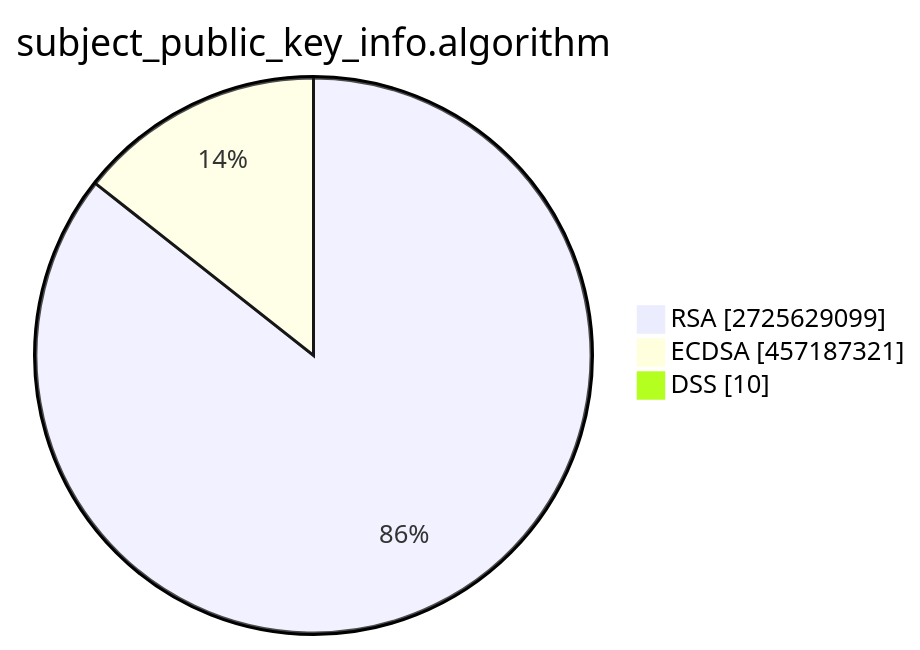
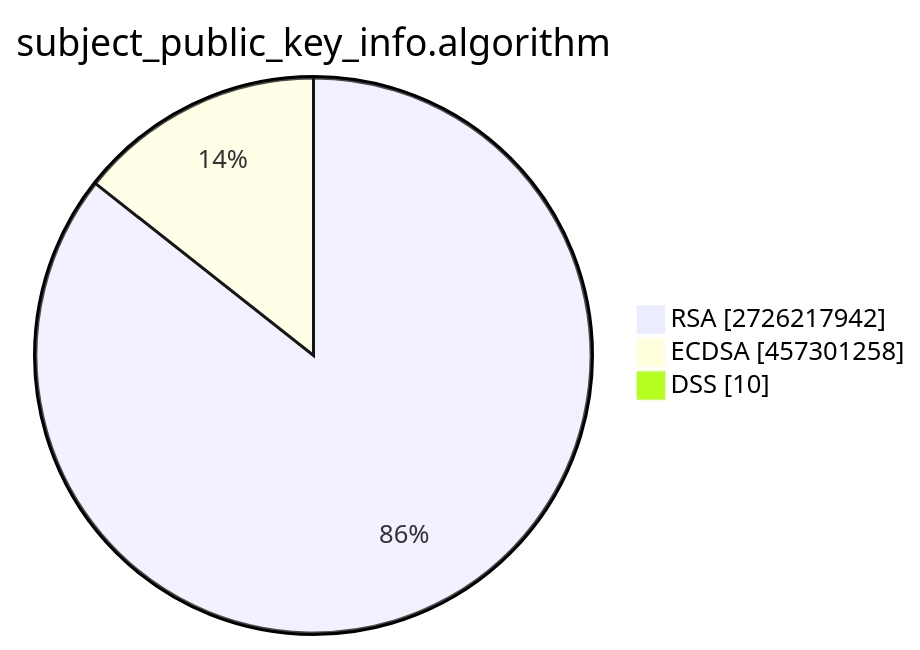
One commit to christiankrug/ctmonitor_visualization changed the second of 15 diagrams in TOTAL/README.md. Above: the diagram before and after it, drawn with Mermaid. The commit also changed other lines of this file, not shown here.

````diff
--- a/TOTAL/README.md
+++ b/TOTAL/README.md
@@ -6,7 +6,7 @@
 ```mermaid
 pie showData
 title subject_public_key_info.algorithm
-"RSA" :2725629099
-"ECDSA" :457187321
+"RSA" :2726217942
+"ECDSA" :457301258
 "DSS" :10
 ```
````
